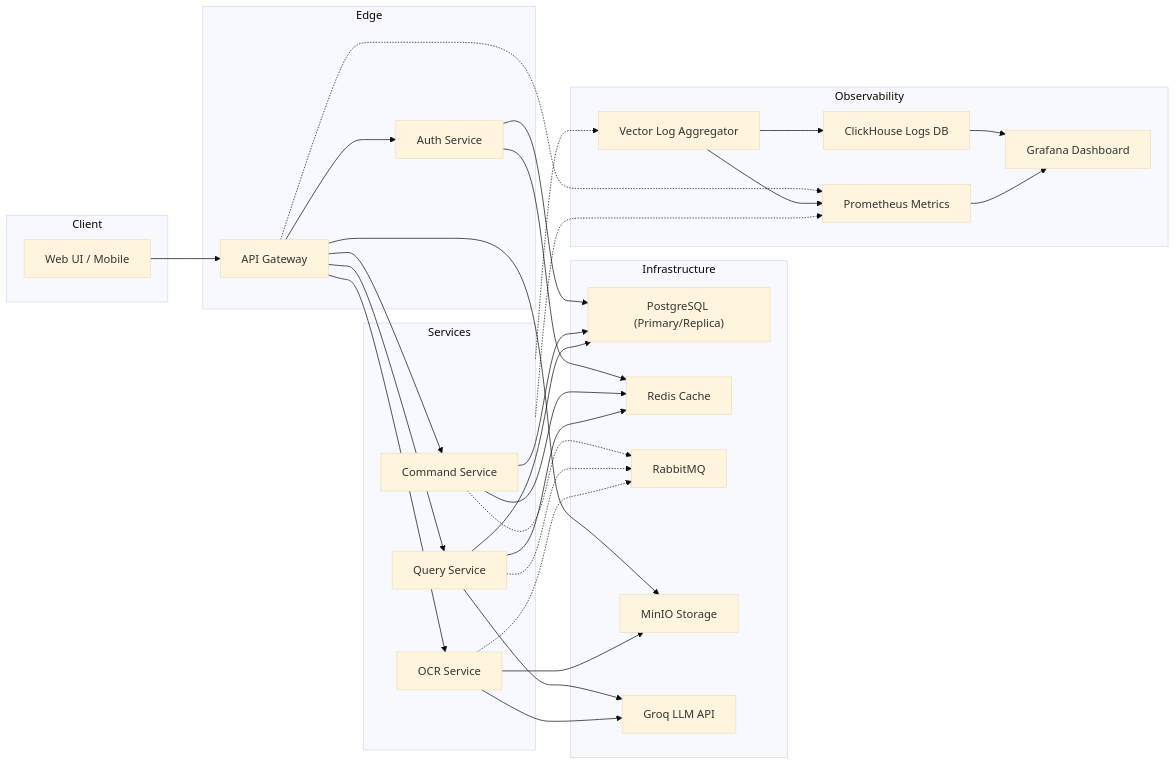
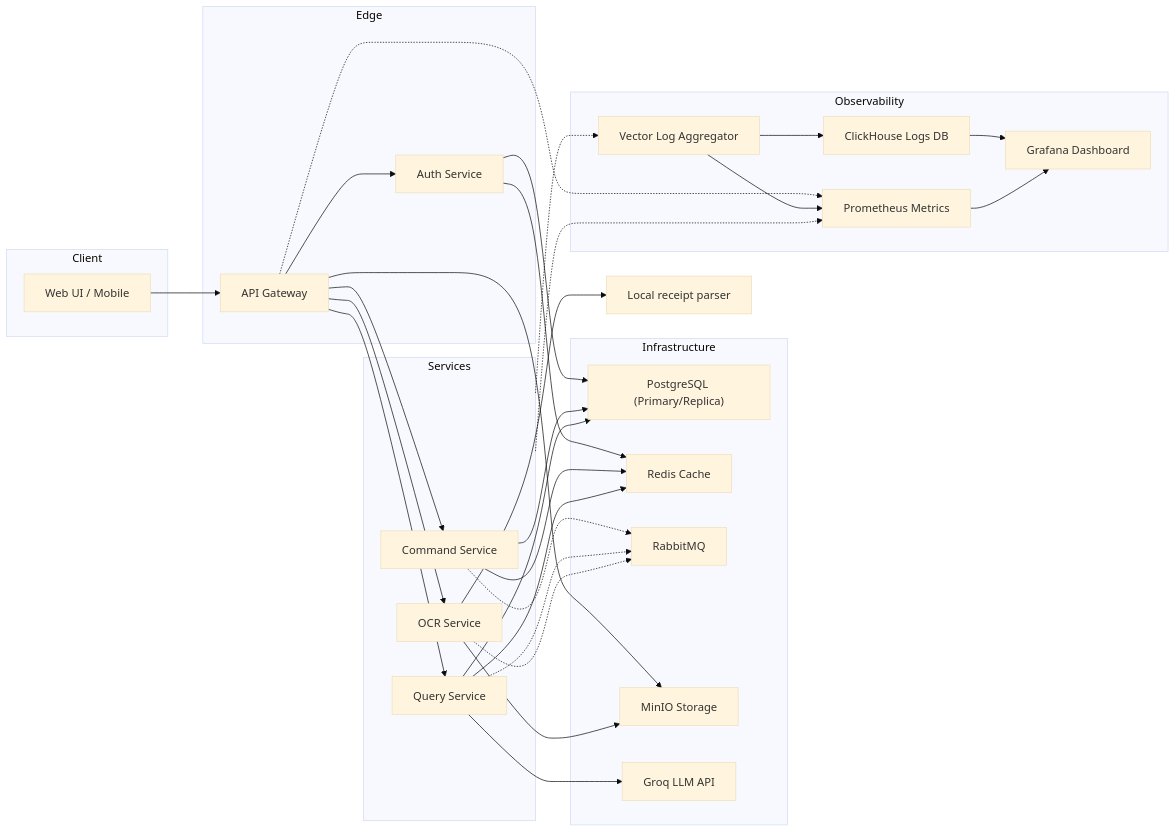
Before and after one commit to verginjose/Personal-Finance-Assistant: the diagram in README.md, drawn with Mermaid (base theme). The commit also changed other lines of this file and 22 other files, not shown here.

````diff
--- a/README.md
+++ b/README.md
@@ -26,53 +26,53 @@
 ```mermaid
 flowchart LR
     subgraph Client
         UI[Web UI / Mobile]
     end
     subgraph Edge
         GW[API Gateway]
         Auth[Auth Service]
     end
     subgraph Services
         Command[Command Service]
         Query[Query Service]
         OCR[OCR Service]
     end
     subgraph Infrastructure
         PG["PostgreSQL (Primary/Replica)"]
         Redis[Redis Cache]
         RMQ[RabbitMQ]
         MinIO[MinIO Storage]
         Groq[Groq LLM API]
     end
     subgraph Observability
         Vector[Vector Log Aggregator]
         CH[ClickHouse Logs DB]
         Grafana[Grafana Dashboard]
         Prometheus[Prometheus Metrics]
     end
     UI --> GW
     GW --> Auth
     GW --> Command
     GW --> Query
     GW --> OCR
     GW --> MinIO
     Auth --> PG
     Command --> PG
     Query --> PG
     Auth --> Redis
     Command --> Redis
     Query --> Redis
     Command -.-> RMQ
     Query -.-> RMQ
     OCR -.-> RMQ
     OCR --> MinIO
     Query --> Groq
-    OCR --> Groq
+    OCR --> LocalParser[Local receipt parser]
     Services -.-> Vector
     Services -.-> Prometheus
     GW -.-> Prometheus
     Vector --> CH
     Vector --> Prometheus
     CH --> Grafana
     Prometheus --> Grafana
 ```
````
